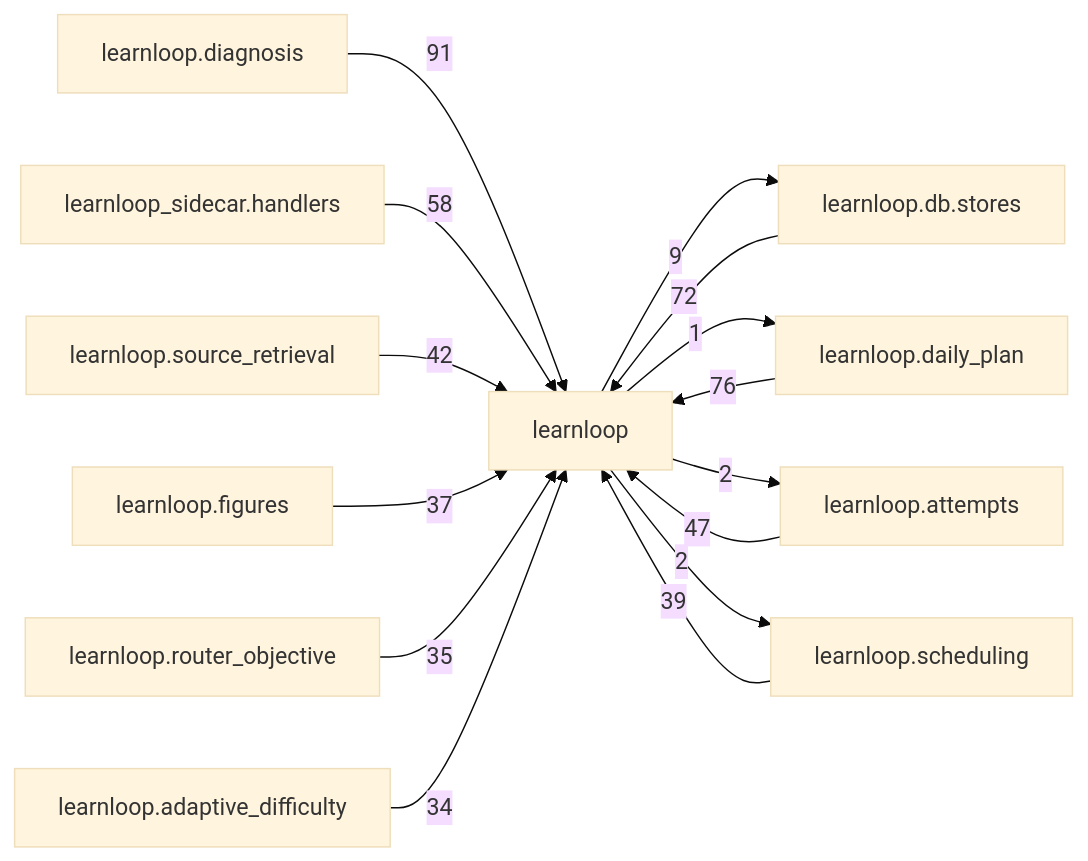
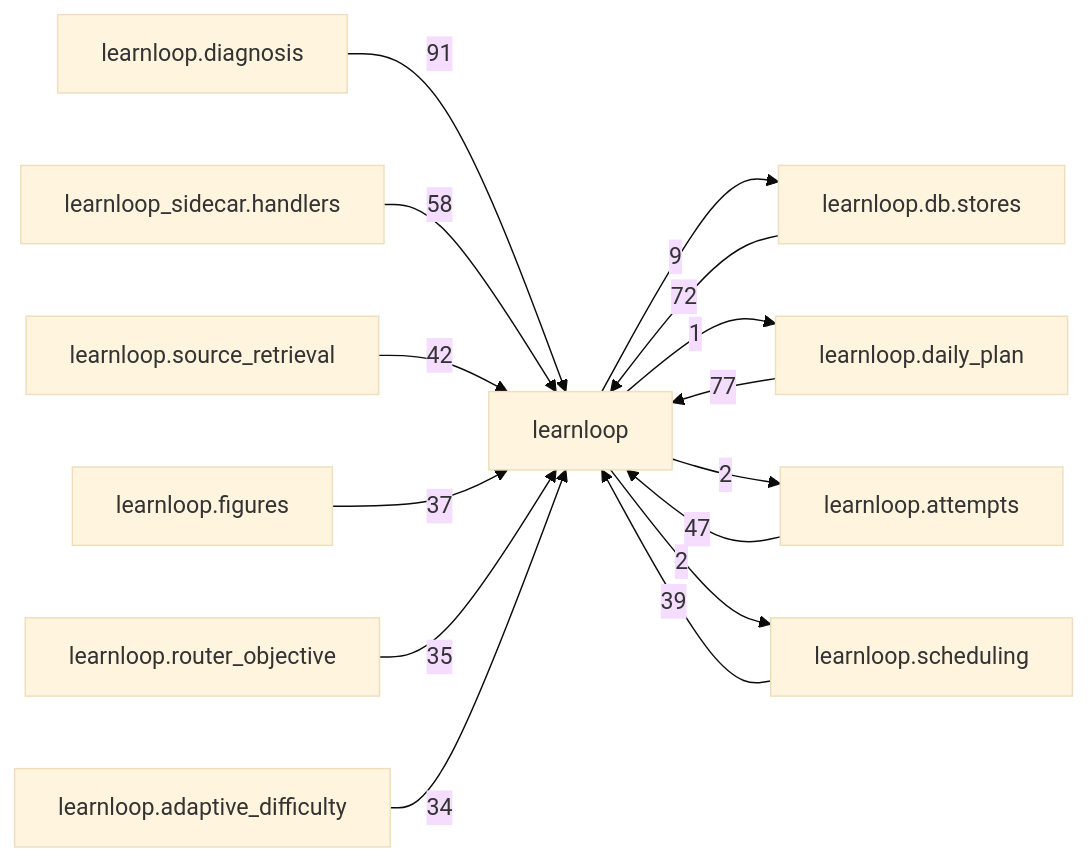
Before and after one commit to 6up-b/learnanything: the diagram in docs/learnloop-architecture-vault/Reference/Modules/learnloop/_package.md, drawn with Mermaid (base theme). The commit also changed other lines of this file and 40 other files, not shown here.

````diff
--- a/docs/learnloop-architecture-vault/Reference/Modules/learnloop/_package.md
+++ b/docs/learnloop-architecture-vault/Reference/Modules/learnloop/_package.md
@@ -275,28 +275,28 @@
 ```mermaid
 flowchart LR
     center["learnloop"]
     n_learnloop_diagnosis["learnloop.diagnosis"]
     n_learnloop_db_stores["learnloop.db.stores"]
     n_learnloop_daily_plan["learnloop.daily_plan"]
     n_learnloop_sidecar_handlers["learnloop_sidecar.handlers"]
     n_learnloop_attempts["learnloop.attempts"]
     n_learnloop_source_retrieval["learnloop.source_retrieval"]
     n_learnloop_scheduling["learnloop.scheduling"]
     n_learnloop_figures["learnloop.figures"]
     n_learnloop_router_objective["learnloop.router_objective"]
     n_learnloop_adaptive_difficulty["learnloop.adaptive_difficulty"]
     n_learnloop_diagnosis -->|91| center
     n_learnloop_db_stores -->|72| center
     center -->|9| n_learnloop_db_stores
-    n_learnloop_daily_plan -->|76| center
+    n_learnloop_daily_plan -->|77| center
     center -->|1| n_learnloop_daily_plan
     n_learnloop_sidecar_handlers -->|58| center
     n_learnloop_attempts -->|47| center
     center -->|2| n_learnloop_attempts
     n_learnloop_source_retrieval -->|42| center
     n_learnloop_scheduling -->|39| center
     center -->|2| n_learnloop_scheduling
     n_learnloop_figures -->|37| center
     n_learnloop_router_objective -->|35| center
     n_learnloop_adaptive_difficulty -->|34| center
 ```
````
